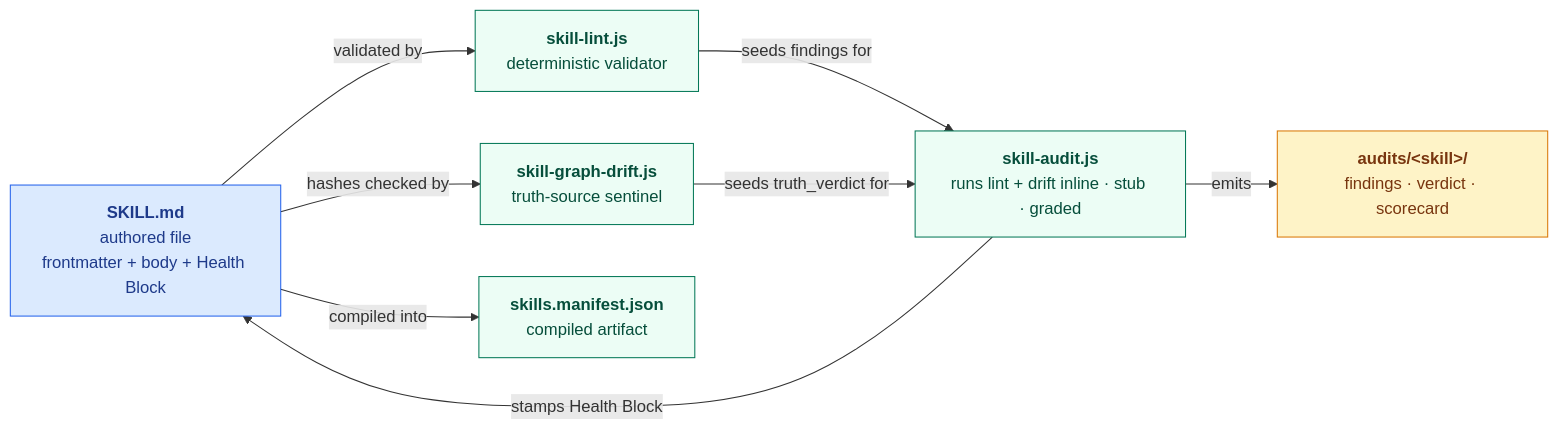
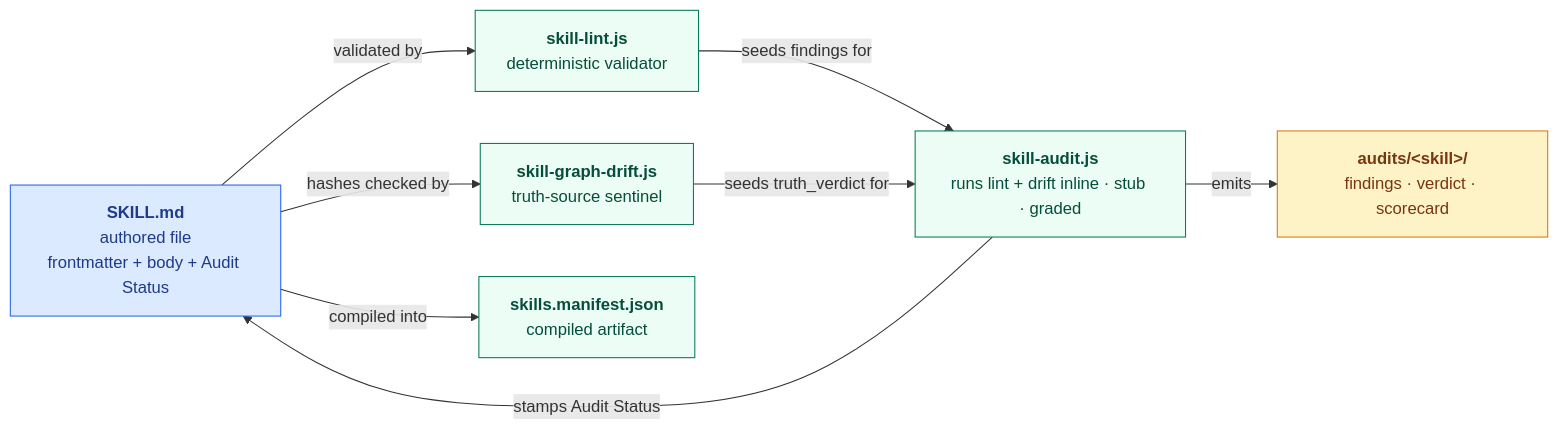
One commit to jacob-balslev/skill-graph changed the first of 5 diagrams in SKILL_GRAPH.md. Above: the diagram before and after it, drawn with Mermaid. The commit also changed other lines of this file and 35 other files, not shown here.

````diff
--- a/SKILL_GRAPH.md
+++ b/SKILL_GRAPH.md
@@ -70,24 +70,24 @@
 ```mermaid
 flowchart LR
-  Skill["<b>SKILL.md</b><br/>authored file<br/>frontmatter + body + Health Block"]
+  Skill["<b>SKILL.md</b><br/>authored file<br/>frontmatter + body + Audit Status"]
   Linter["<b>skill-lint.js</b><br/>deterministic validator"]
   Drift["<b>skill-graph-drift.js</b><br/>truth-source sentinel"]
   Manifest["<b>skills.manifest.json</b><br/>compiled artifact"]
   Auditor["<b>skill-audit.js</b><br/>runs lint + drift inline · stub · graded"]
   Artifacts["<b>audits/&lt;skill&gt;/</b><br/>findings · verdict · scorecard"]
 
   Skill -->|validated by| Linter
   Skill -->|hashes checked by| Drift
   Skill -->|compiled into| Manifest
   Linter -->|seeds findings for| Auditor
   Drift -->|seeds truth_verdict for| Auditor
   Auditor -->|emits| Artifacts
-  Auditor -->|stamps Health Block| Skill
+  Auditor -->|stamps Audit Status| Skill
 
   classDef author fill:#dbeafe,stroke:#2563eb,color:#1e3a8a
   classDef tool fill:#ecfdf5,stroke:#047857,color:#064e3b
   classDef artifact fill:#fef3c7,stroke:#d97706,color:#78350f
   class Skill author
   class Linter,Drift,Auditor,Manifest tool
   class Artifacts artifact
 ```
````
